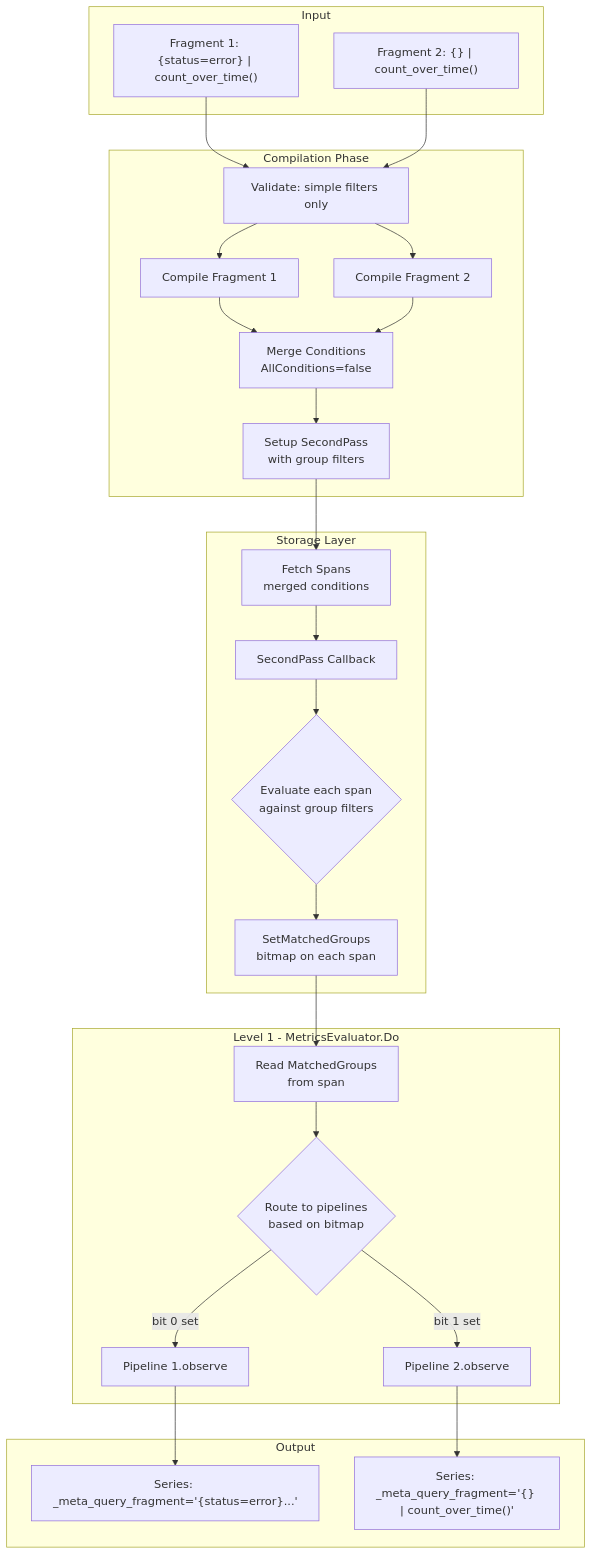
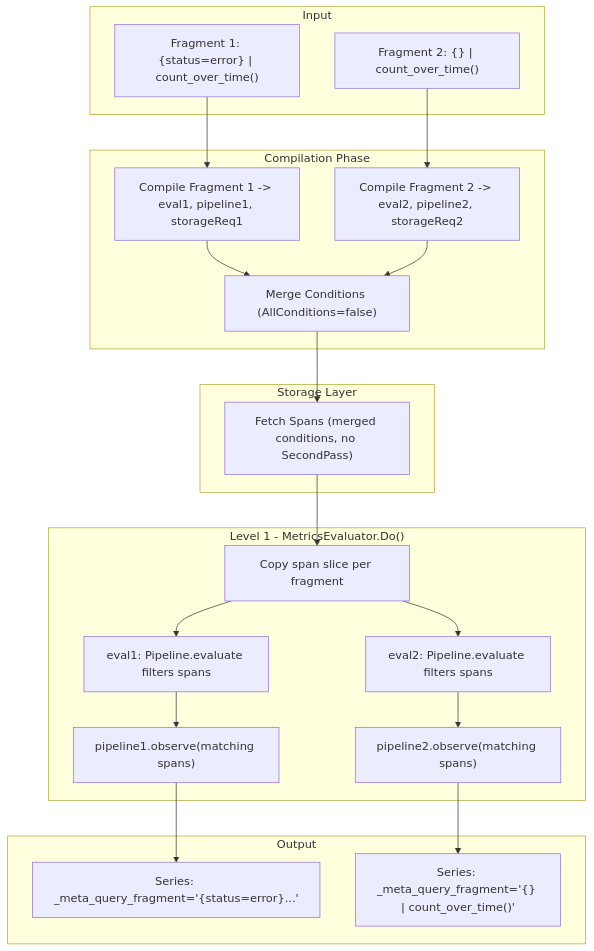
Before and after one commit to ruslan-mikhailov/tempo: the diagram in BATCH_METRICS_PLAN.md, drawn with Mermaid. The commit also changed other lines of this file, not shown here.

````diff
--- a/BATCH_METRICS_PLAN.md
+++ b/BATCH_METRICS_PLAN.md
@@ -44,52 +31,43 @@
 ```mermaid
 flowchart TB
     subgraph Input [Input]
         Q1["Fragment 1: {status=error} | count_over_time()"]
         Q2["Fragment 2: {} | count_over_time()"]
     end
 
     subgraph Compile [Compilation Phase]
-        Validate[Validate: simple filters only]
-        C1[Compile Fragment 1]
-        C2[Compile Fragment 2]
-        Merge[Merge Conditions<br/>AllConditions=false]
-        SetupSP[Setup SecondPass<br/>with group filters]
+        C1["Compile Fragment 1 -> eval1, pipeline1, storageReq1"]
+        C2["Compile Fragment 2 -> eval2, pipeline2, storageReq2"]
+        Merge["Merge Conditions (AllConditions=false)"]
     end
 
     subgraph Storage [Storage Layer]
-        Fetch[Fetch Spans<br/>merged conditions]
-        SP[SecondPass Callback]
-        Eval{Evaluate each span<br/>against group filters}
-        Set[SetMatchedGroups<br/>bitmap on each span]
+        Fetch["Fetch Spans (merged conditions, no SecondPass)"]
     end
 
-    subgraph L1 [Level 1 - MetricsEvaluator.Do]
-        Read[Read MatchedGroups<br/>from span]
-        Route{Route to pipelines<br/>based on bitmap}
-        P1[Pipeline 1.observe]
-        P2[Pipeline 2.observe]
+    subgraph L1 ["Level 1 - MetricsEvaluator.Do()"]
+        CopySpans["Copy span slice per fragment"]
+        Eval1["eval1: Pipeline.evaluate filters spans"]
+        Eval2["eval2: Pipeline.evaluate filters spans"]
+        Observe1["pipeline1.observe(matching spans)"]
+        Observe2["pipeline2.observe(matching spans)"]
     end
 
     subgraph Output [Output]
         S1["Series: _meta_query_fragment='{status=error}...'"]
         S2["Series: _meta_query_fragment='{} | count_over_time()'"]
     end
 
-    Q1 --> Validate
-    Q2 --> Validate
-    Validate --> C1
-    Validate --> C2
+    Q1 --> C1
+    Q2 --> C2
     C1 --> Merge
     C2 --> Merge
-    Merge --> SetupSP
-    SetupSP --> Fetch
-    Fetch --> SP
-    SP --> Eval
-    Eval --> Set
-    Set --> Read
-    Read --> Route
-    Route -->|bit 0 set| P1
-    Route -->|bit 1 set| P2
-    P1 --> S1
-    P2 --> S2
+    Merge --> Fetch
+    Fetch --> CopySpans
+    CopySpans --> Eval1
+    CopySpans --> Eval2
+    Eval1 --> Observe1
+    Eval2 --> Observe2
+    Observe1 --> S1
+    Observe2 --> S2
 ```
````
